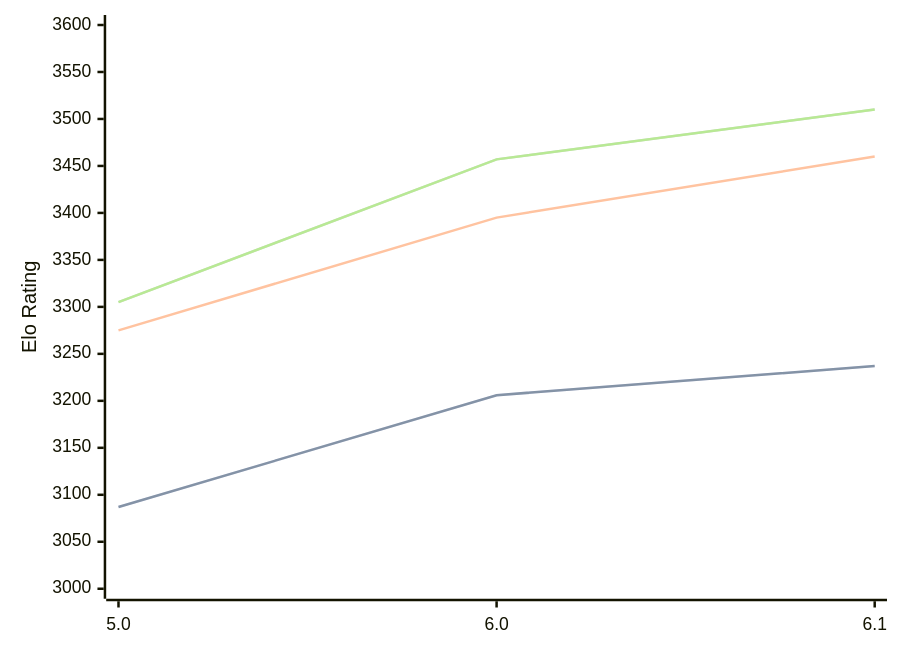
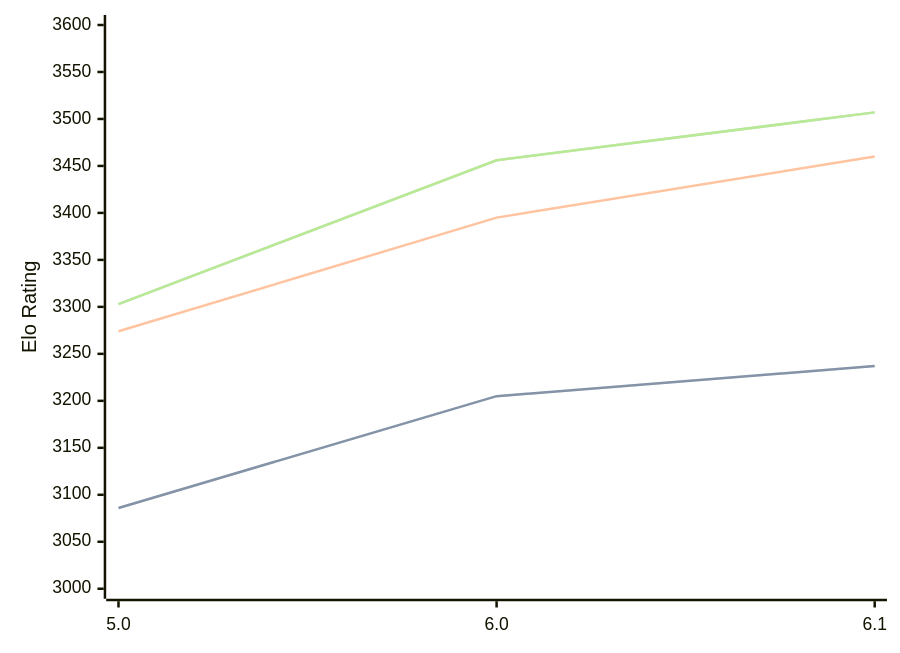
The diagram in engines/PZChessBot.md (computer-chess-index/cci), drawn with Mermaid before and after one commit. The commit also changed other lines of this file, not shown here.

Commit message:
Update CCI Ratings (ELO VLTC) - 2026-03-12

````diff
--- a/engines/PZChessBot.md
+++ b/engines/PZChessBot.md
@@ -40,11 +40,11 @@
 ```mermaid
 %%{init: {"theme":"base","themeVariables":{"seriesColors:['#a3a3a3','#222221','#faa371']}}}%%
 xychart-beta
   x-axis ["5.0", "6.0", "6.1"]
   y-axis "Elo Rating" 3000 --> 3600
-  line "STC (8.0+0.08s)" [3087, 3206, 3237]
-  line "STC (8.0+0.08s)" [3087, 3206, 3237]
-  line "LTC (60.0+0.60s)" [3275, 3395, 3460]
-  line "VLTC (2m24s+1.12s)" [3305, 3457, 3510]
-  line "VLTC (2m24s+1.12s)" [3305, 3457, 3510]
+  line "STC (8.0+0.08s)" [3086, 3205, 3237]
+  line "STC (8.0+0.08s)" [3086, 3205, 3237]
+  line "LTC (60.0+0.60s)" [3274, 3395, 3460]
+  line "VLTC (2m24s+1.12s)" [3303, 3456, 3507]
+  line "VLTC (2m24s+1.12s)" [3303, 3456, 3507]
 ```
````
